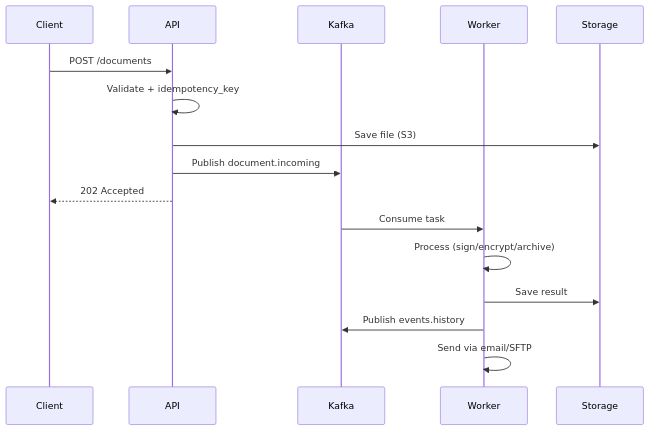
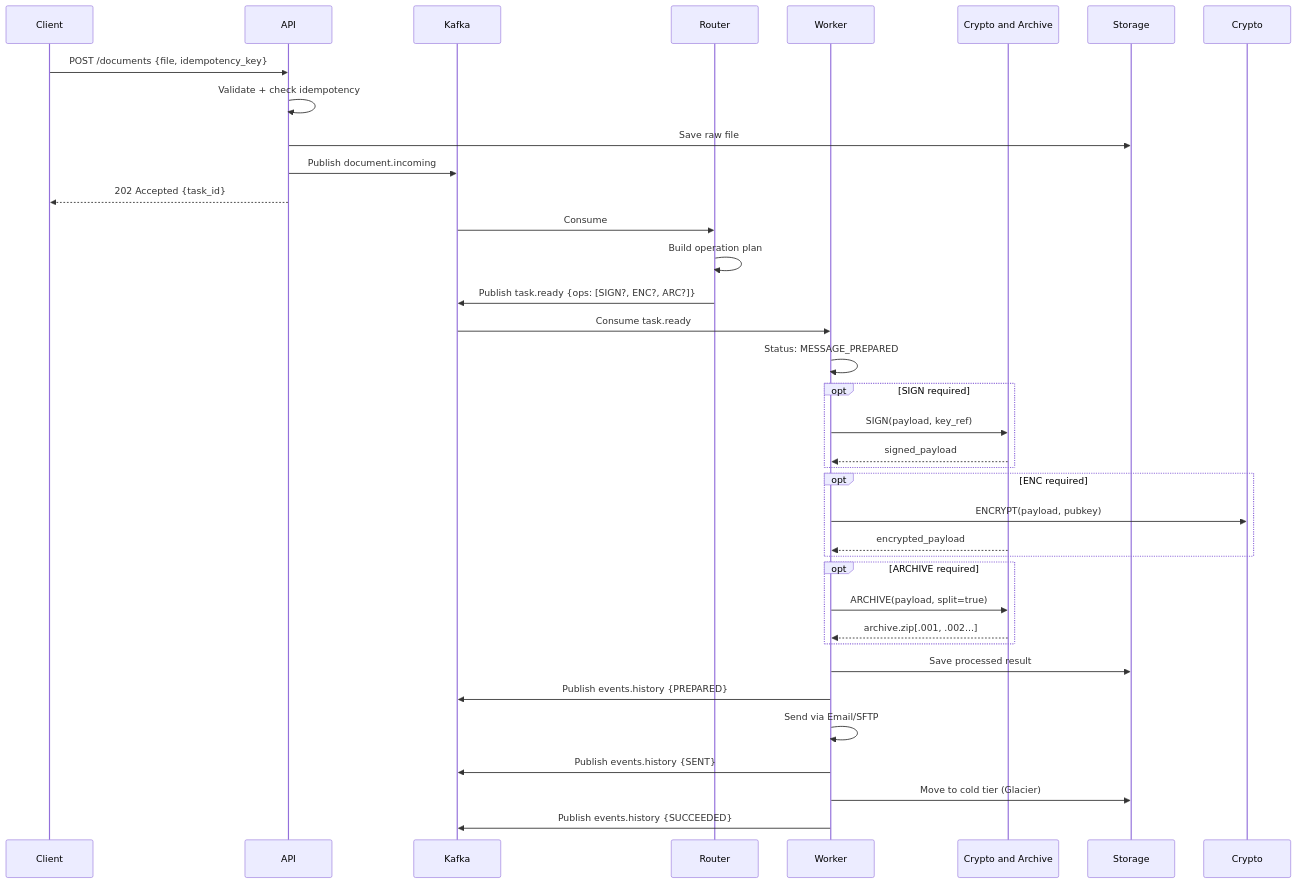
One commit to AlexanderScheqolev/DS_DDF changed the fourth of 6 diagrams in dev-solution-documents.md. Above: the diagram before and after it, drawn with Mermaid. The commit also changed other lines of this file, not shown here.

Commit message:
Update dev-solution-documents.md
Выполнение пунктов 5, 6, 7
5. У вас есть некоторая dead letter queue. Напишите, пожалуйста, что это в вашем конкретном случае - отдельная таблица в БД / топик kafka / еще что-нибудь
6. Не сразу заметил, что у вас на диаграмме компонентов есть API Gateway, живущий отдельно от других компонентов. Который еще и в других сценариях не участвует. Нужно как-то согласовать диаграмму с прочими разделами ТР - либо убрать компонент, либо связать с прочими компонентами
7. Архивирование, шифрование и подпись - обычно связанные операции. Сообщение пакуется в архив, разбивается на тома, каждый из которых шифруется и подписывается. Либо сообщение шифруется, подписывается и помещается в архив, который потом бьется на тома. По вашей схеме это сейчас параллельные операции. Логичнее сделать некоторый шаг вроде MESSAGE_PREPARED, из которого можно перемещаться в шаги SIGNED, ENCRYPTED и ARCHIVED при необходимости. Читаться такая схема будет проще, чем ваш текущий вариант.

````diff
--- a/dev-solution-documents.md
+++ b/dev-solution-documents.md
@@ -383,20 +395,46 @@
 ```mermaid
 sequenceDiagram
     participant Client
     participant API
     participant Kafka
+    participant Router
     participant Worker
+    participant Crypto and Archive
     participant Storage
 
-    Client->>API: POST /documents
-    API->>API: Validate + idempotency_key
-    API->>Storage: Save file (S3)
+    Client->>API: POST /documents {file, idempotency_key}
+    API->>API: Validate + check idempotency
+    API->>Storage: Save raw file
     API->>Kafka: Publish document.incoming
-    API-->>Client: 202 Accepted
+    API-->>Client: 202 Accepted {task_id}
     
-    Kafka->>Worker: Consume task
-    Worker->>Worker: Process (sign/encrypt/archive)
-    Worker->>Storage: Save result
-    Worker->>Kafka: Publish events.history
-    Worker->>Worker: Send via email/SFTP
+    Kafka->>Router: Consume
+    Router->>Router: Build operation plan
+    Router->>Kafka: Publish task.ready {ops: [SIGN?, ENC?, ARC?]}
+    
+    Kafka->>Worker: Consume task.ready
+    Worker->>Worker: Status: MESSAGE_PREPARED
+    
+    opt SIGN required
+        Worker->>Crypto and Archive: SIGN(payload, key_ref)
+        Crypto and Archive-->>Worker: signed_payload
+    end
+    
+    opt ENC required
+        Worker->>Crypto: ENCRYPT(payload, pubkey)
+        Crypto and Archive-->>Worker: encrypted_payload
+    end
+    
+    opt ARCHIVE required
+        Worker->>Crypto and Archive: ARCHIVE(payload, split=true)
+        Crypto and Archive-->>Worker: archive.zip[.001, .002...]
+    end
+    
+    Worker->>Storage: Save processed result
+    Worker->>Kafka: Publish events.history {PREPARED}
+    
+    Worker->>Worker: Send via Email/SFTP
+    Worker->>Kafka: Publish events.history {SENT}
+    Worker->>Storage: Move to cold tier (Glacier)
+    Worker->>Kafka: Publish events.history {SUCCEEDED}
 ```
````
